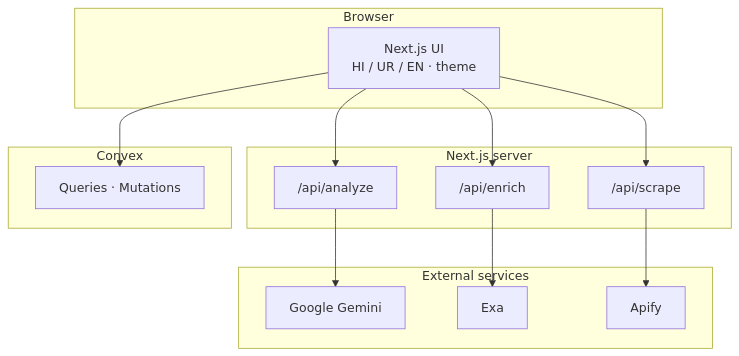
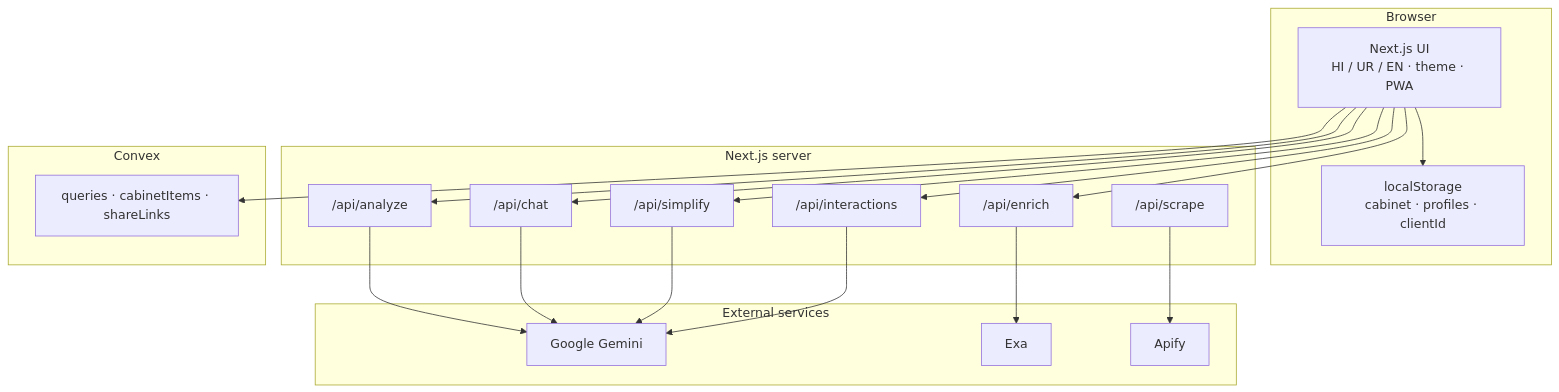
The diagram in README.md (MohammadUsman00/SHIFA-AI), drawn with Mermaid before and after one commit. The commit also changed other lines of this file and 67 other files, not shown here.

````diff
--- a/README.md
+++ b/README.md
@@ -99,30 +98,40 @@
 ```mermaid
 flowchart TB
   subgraph Client["Browser"]
-    UI["Next.js UI\nHI / UR / EN · theme"]
+    UI["Next.js UI\nHI / UR / EN · theme · PWA"]
+    Local["localStorage\ncabinet · profiles · clientId"]
   end
 
   subgraph Next["Next.js server"]
     API_A["/api/analyze"]
     API_E["/api/enrich"]
     API_S["/api/scrape"]
+    API_C["/api/chat"]
+    API_Si["/api/simplify"]
+    API_I["/api/interactions"]
   end
 
   subgraph External["External services"]
     Gemini["Google Gemini"]
     Exa["Exa"]
     Apify["Apify"]
   end
 
   subgraph ConvexCloud["Convex"]
-    DB["Queries · Mutations"]
+    DB["queries · cabinetItems · shareLinks"]
   end
 
   UI --> API_A
   UI --> API_E
-  UI --> API_S
+  UI --> API_C
+  UI --> API_Si
+  UI --> API_I
   UI --> DB
+  UI --> Local
   API_A --> Gemini
   API_E --> Exa
   API_S --> Apify
+  API_C --> Gemini
+  API_Si --> Gemini
+  API_I --> Gemini
 ```
````
